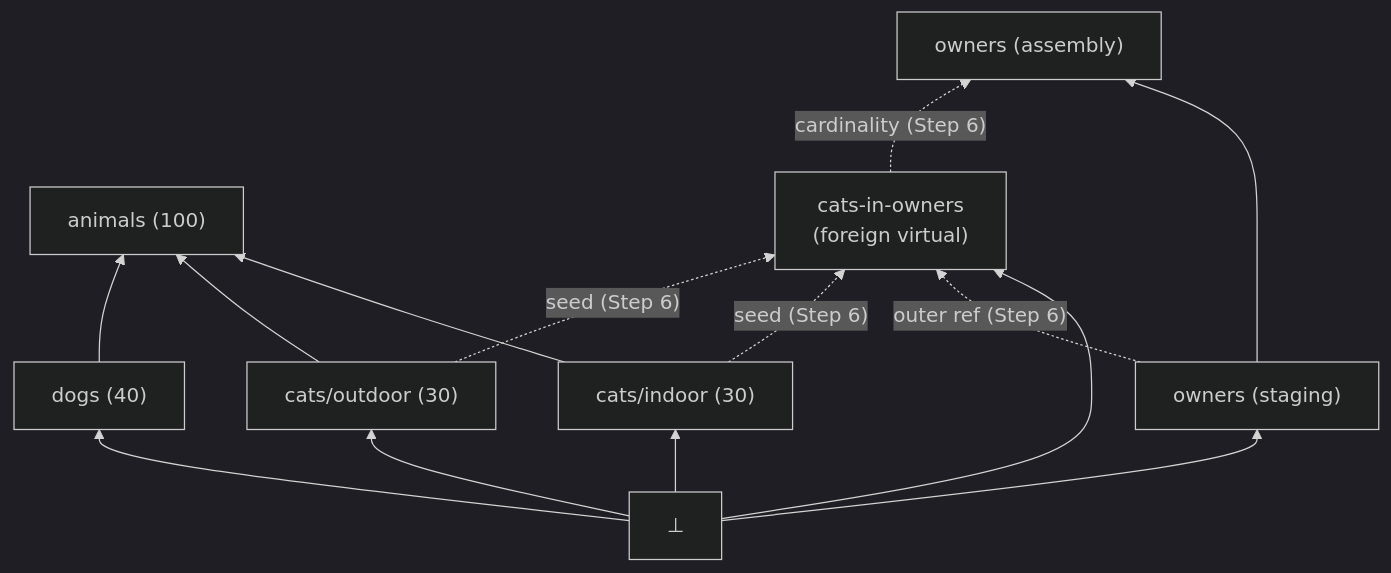
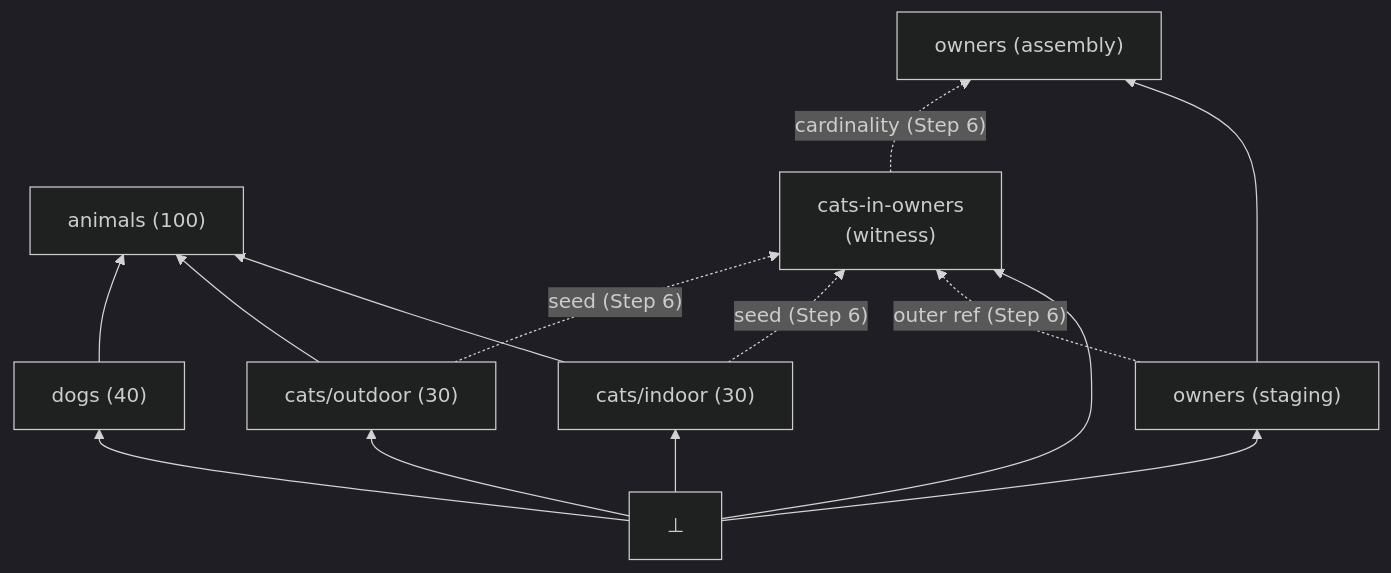
The second of 5 diagrams in specs/REFRAME-1.md (alsenz/fakeset), drawn with Mermaid (dark theme) before and after one commit. The commit also changed other lines of this file, not shown here.

````diff
--- a/specs/REFRAME-1.md
+++ b/specs/REFRAME-1.md
@@ -331,17 +337,17 @@
 ```mermaid
 graph BT
     bot["⊥"]
     cats_in["cats/indoor (30)"] --> animals["animals (100)"]
     cats_out["cats/outdoor (30)"] --> animals
     dogs["dogs (40)"] --> animals
     bot --> cats_in
     bot --> cats_out
     bot --> dogs
     owners_staging["owners (staging)"] --> owners_asm["owners (assembly)"]
     bot --> owners_staging
-    bot --> cats_foreign["cats-in-owners\n(foreign virtual)"]
+    bot --> cats_foreign["cats-in-owners\n(witness)"]
     owners_staging -. "outer ref (Step 6)" .-> cats_foreign
     cats_in -. "seed (Step 6)" .-> cats_foreign
     cats_out -. "seed (Step 6)" .-> cats_foreign
     cats_foreign -. "cardinality (Step 6)" .-> owners_asm
 ```
````
